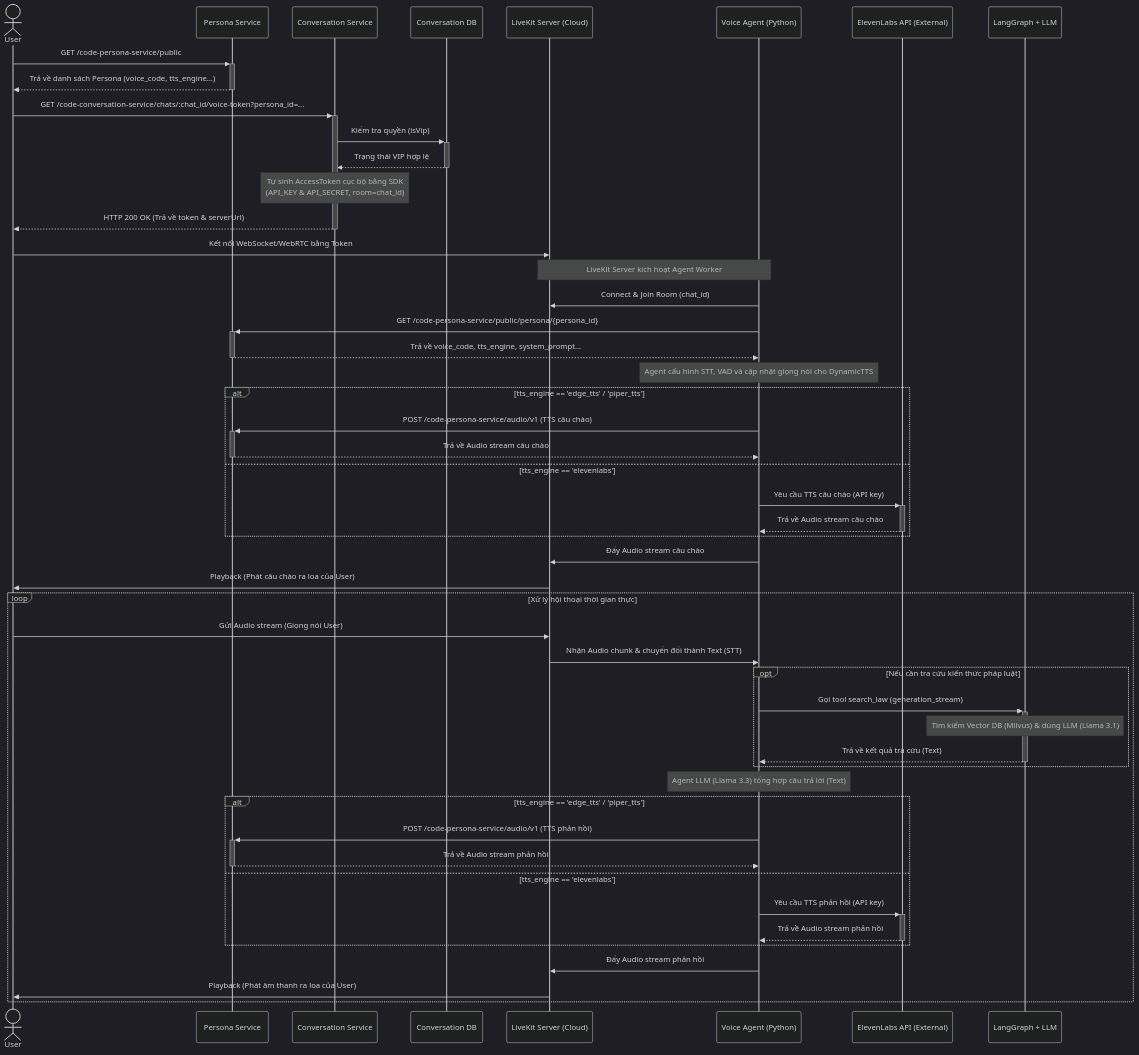
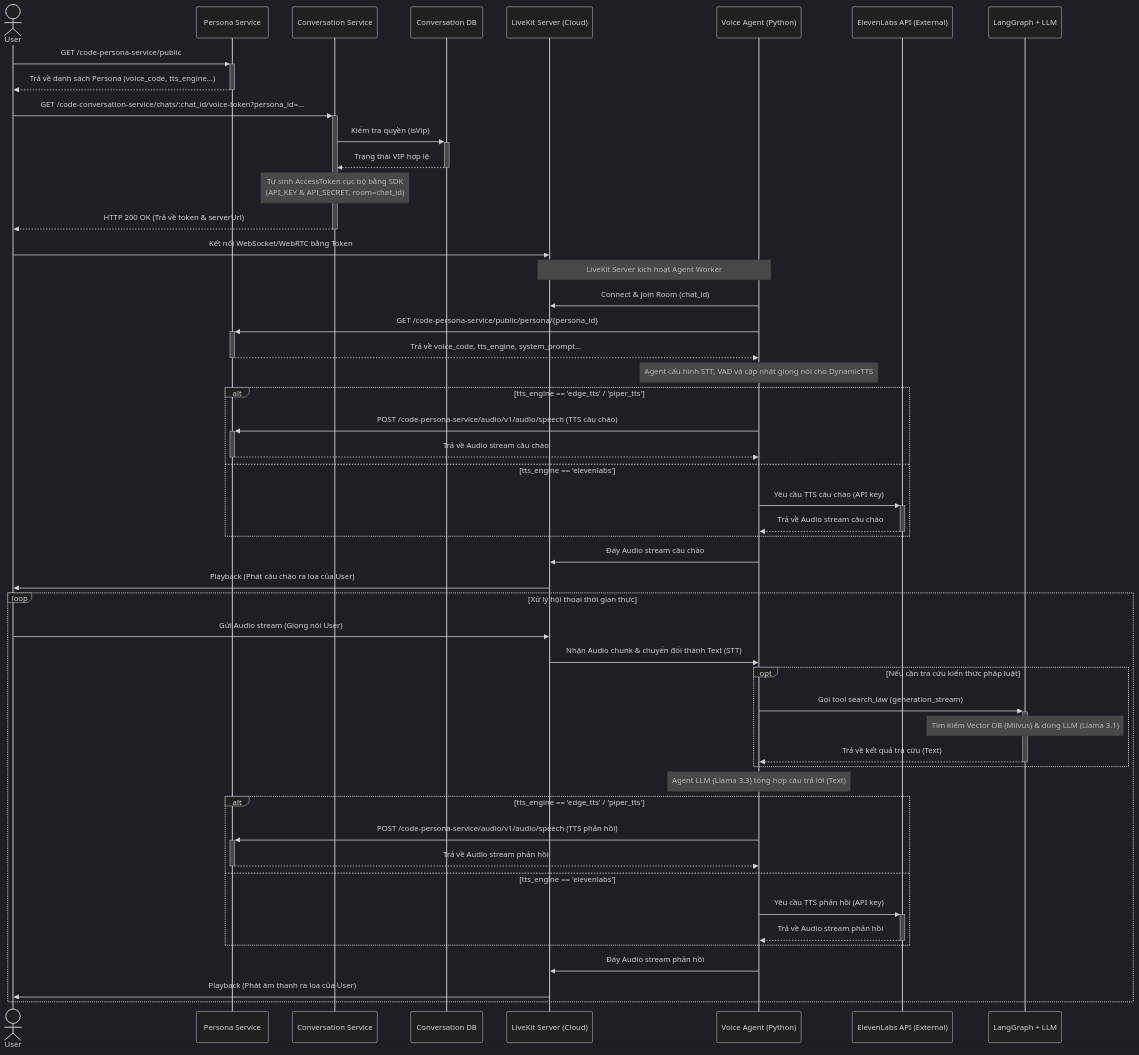
Before and after one commit to 20206205Tech/docs-markdown: the diagram in docs/1. Tổng quan đề tài/1.3. Bài toán nghiệp vụ/sequence/voice.mmd, drawn with Mermaid (dark theme). The commit also changed 3 other files, not shown here.

```diff
--- a/docs/1. Tổng quan đề tài/1.3. Bài toán nghiệp vụ/sequence/voice.mmd
+++ b/docs/1. Tổng quan đề tài/1.3. Bài toán nghiệp vụ/sequence/voice.mmd
@@ -1,91 +1,75 @@
-
-
-
-
-
-
-
-
-
-
-
-
-
-
-
-
 sequenceDiagram
     actor User
     participant Persona as Persona Service
     participant Conv as Conversation Service
     participant ConvDB as Conversation DB
     participant LiveKit as LiveKit Server (Cloud)
     participant Agent as Voice Agent (Python)
     participant ElevenLabs as ElevenLabs API (External)
     participant RAG as LangGraph + LLM
 
     %% Giai đoạn 1: Chuẩn bị thông tin và khởi tạo
     User->>+Persona: GET /code-persona-service/public
     Persona-->>-User: Trả về danh sách Persona (voice_code, tts_engine...)
 
     User->>+Conv: GET /code-conversation-service/chats/:chat_id/voice-token?persona_id=...
 
     %% Kiểm tra quyền
     Conv->>+ConvDB: Kiểm tra quyền (isVip)
     ConvDB-->>-Conv: Trạng thái VIP hợp lệ
 
     %% Cấp phát Token từ LiveKit
     Note over Conv: Tự sinh AccessToken cục bộ bằng SDK<br>(API_KEY & API_SECRET, room=chat_id)
 
     Conv-->>-User: HTTP 200 OK (Trả về token & serverUrl)
 
     %% Giai đoạn 2: Thiết lập kết nối Real-time
     User->>LiveKit: Kết nối WebSocket/WebRTC bằng Token
 
     %% Agent tham gia phòng
     Note over Agent, LiveKit: LiveKit Server kích hoạt Agent Worker
     Agent->>LiveKit: Connect & Join Room (chat_id)
 
     %% Giai đoạn 3: Tải ngữ cảnh, cấu hình và Chủ động chào
     Agent->>+Persona: GET /code-persona-service/public/persona/{persona_id}
     Persona-->>-Agent: Trả về voice_code, tts_engine, system_prompt...
 
     Note over Agent: Agent cấu hình STT, VAD và cập nhật giọng nói cho DynamicTTS
 
     %% AI CHỦ ĐỘNG CHÀO USER
     alt tts_engine == 'edge_tts' / 'piper_tts'
-        Agent->>+Persona: POST /code-persona-service/audio/v1 (TTS câu chào)
+        Agent->>+Persona: POST /code-persona-service/audio/v1/audio/speech (TTS câu chào)
         Persona-->>-Agent: Trả về Audio stream câu chào
     else tts_engine == 'elevenlabs'
         Agent->>+ElevenLabs: Yêu cầu TTS câu chào (API key)
         ElevenLabs-->>-Agent: Trả về Audio stream câu chào
     end
 
     Agent->>LiveKit: Đẩy Audio stream câu chào
     LiveKit->>User: Playback (Phát câu chào ra loa của User)
 
     %% Giai đoạn 4: Quá trình đàm thoại & RAG
     loop Xử lý hội thoại thời gian thực
         User->>LiveKit: Gửi Audio stream (Giọng nói User)
         LiveKit->>Agent: Nhận Audio chunk & chuyển đổi thành Text (STT)
 
         opt Nếu cần tra cứu kiến thức pháp luật
             Agent->>+RAG: Gọi tool search_law (generation_stream)
             Note over RAG: Tìm kiếm Vector DB (Milvus) & dùng LLM (Llama 3.1)
             RAG-->>-Agent: Trả về kết quả tra cứu (Text)
         end
 
         Note over Agent: Agent LLM (Llama 3.3) tổng hợp câu trả lời (Text)
 
         %% TTS phản hồi
         alt tts_engine == 'edge_tts' / 'piper_tts'
-            Agent->>+Persona: POST /code-persona-service/audio/v1 (TTS phản hồi)
+            Agent->>+Persona: POST /code-persona-service/audio/v1/audio/speech (TTS phản hồi)
             Persona-->>-Agent: Trả về Audio stream phản hồi
         else tts_engine == 'elevenlabs'
             Agent->>+ElevenLabs: Yêu cầu TTS phản hồi (API key)
             ElevenLabs-->>-Agent: Trả về Audio stream phản hồi
         end
 
         Agent->>LiveKit: Đẩy Audio stream phản hồi
         LiveKit->>User: Playback (Phát âm thanh ra loa của User)
     end
```
